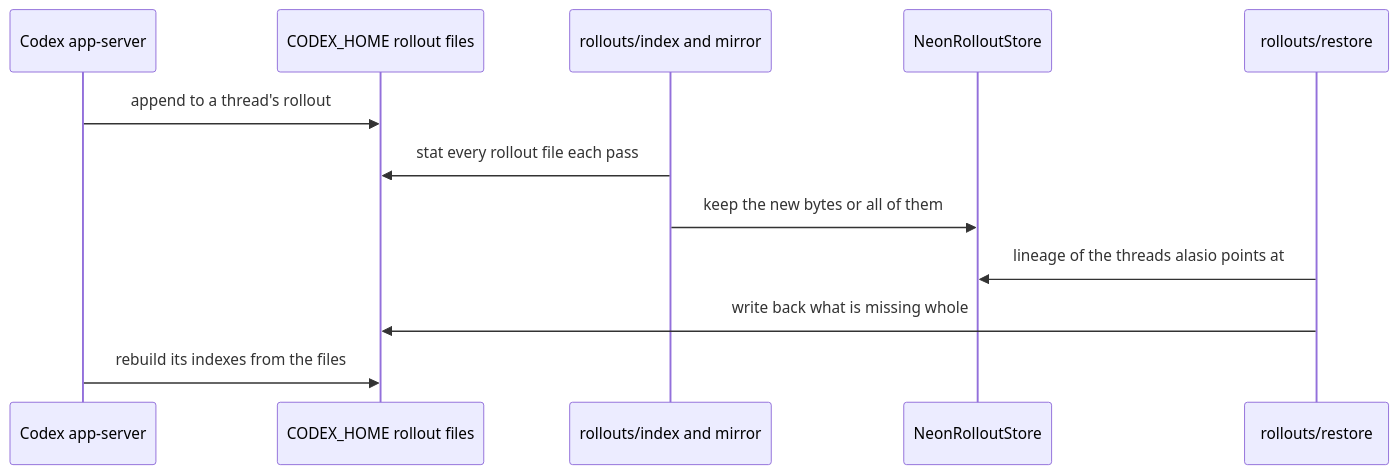
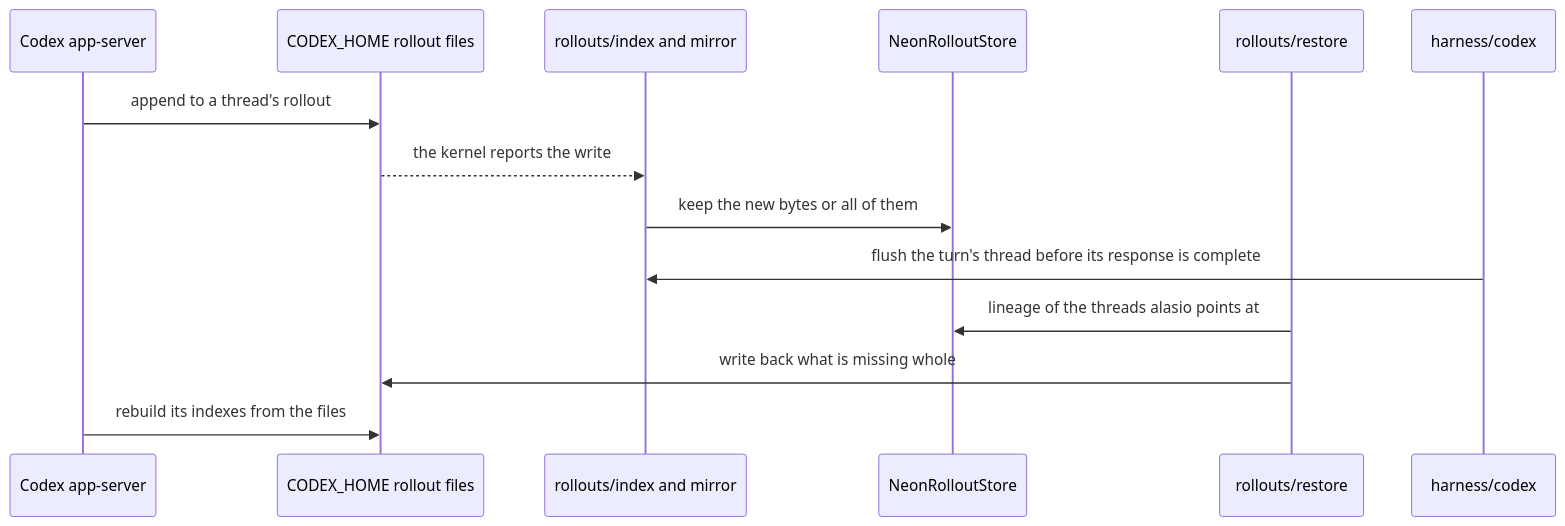
One commit to eaucoin/alasio changed the second of 3 diagrams in src/codex/rollouts/README.md. Above: the diagram before and after it, drawn with Mermaid. The commit also changed other lines of this file and 16 other files, not shown here.

First line of the commit message:
Mirror Codex's rollouts as they are written, and reply only once they are kept

````diff
--- a/src/codex/rollouts/README.md
+++ b/src/codex/rollouts/README.md
@@ -36,14 +43,16 @@
 ```mermaid
 sequenceDiagram
   participant Codex as Codex app-server
   participant Home as CODEX_HOME rollout files
   participant Mirror as rollouts/index and mirror
   participant Store as NeonRolloutStore
   participant Restore as rollouts/restore
+  participant Adapter as harness/codex
   Codex->>Home: append to a thread's rollout
-  Mirror->>Home: stat every rollout file each pass
+  Home-->>Mirror: the kernel reports the write
   Mirror->>Store: keep the new bytes or all of them
+  Adapter->>Mirror: flush the turn's thread before its response is complete
   Restore->>Store: lineage of the threads alasio points at
   Restore->>Home: write back what is missing whole
   Codex->>Home: rebuild its indexes from the files
 ```
````
